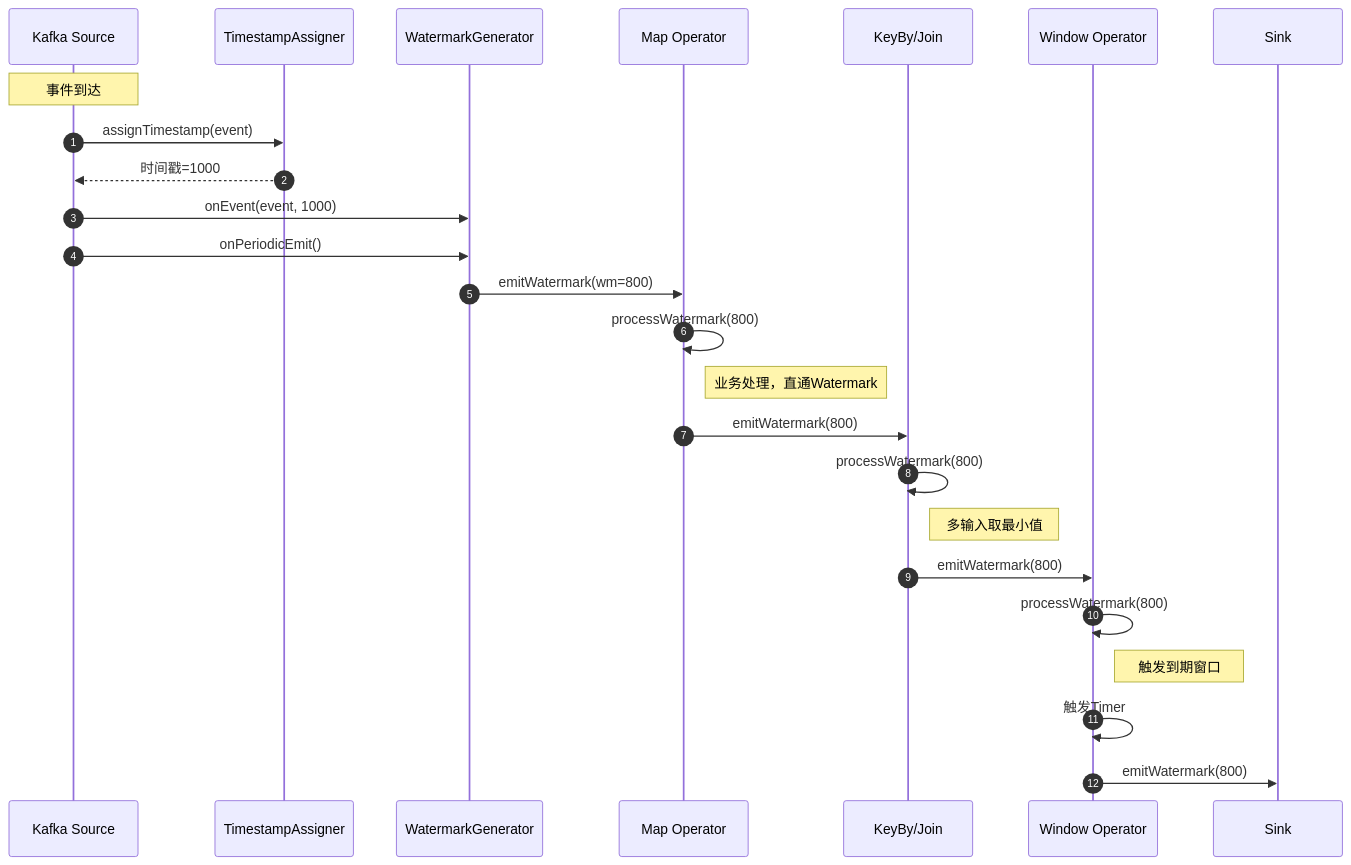
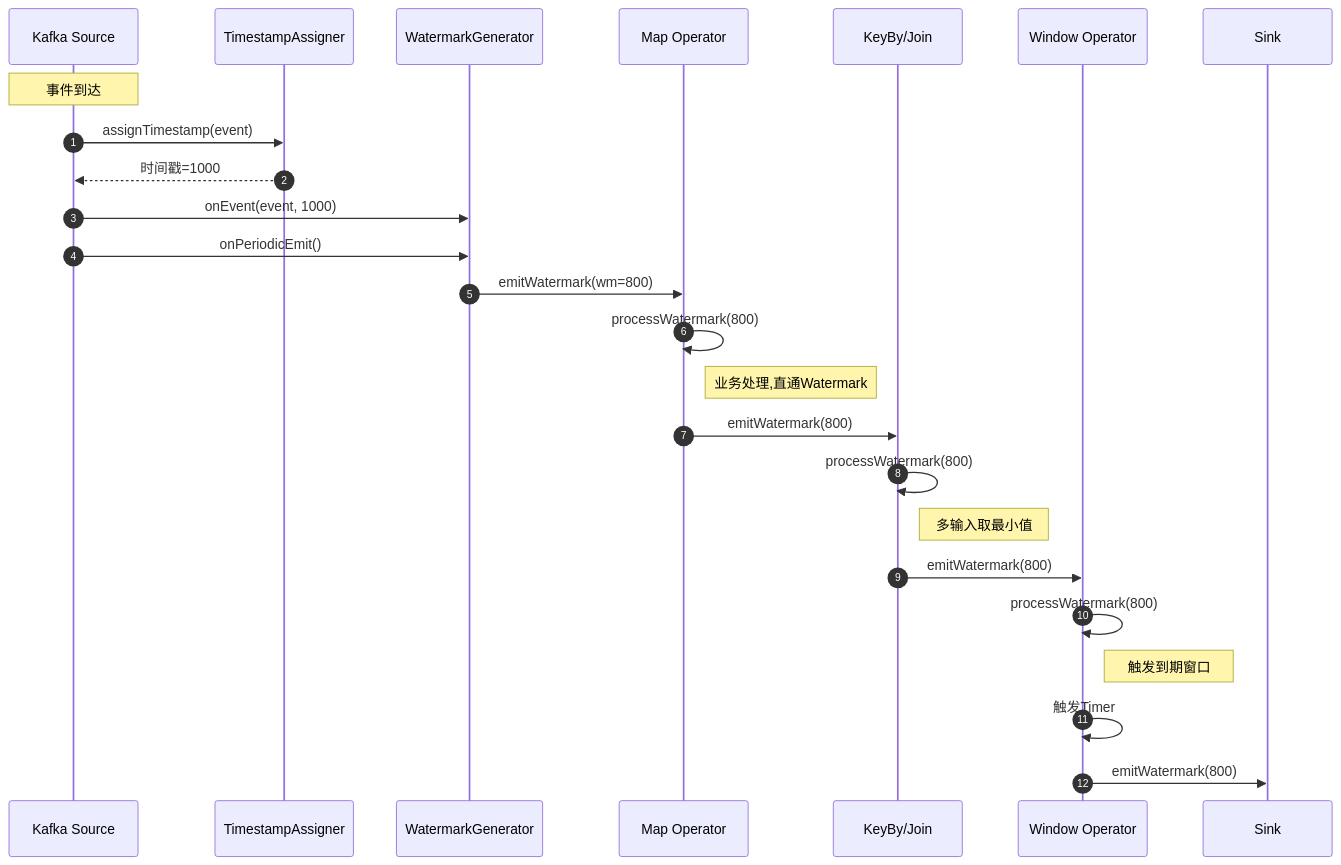
Before and after one commit to AdaMartin18010/AnalysisDataFlow: the seventh of 7 diagrams in Flink/02-core/time-semantics-and-watermark.md, drawn with Mermaid. The commit also changed other lines of this file and 634 other files, not shown here.

````diff
--- a/Flink/02-core/time-semantics-and-watermark.md
+++ b/Flink/02-core/time-semantics-and-watermark.md
@@ -1325,31 +1325,31 @@
 ```mermaid
 sequenceDiagram
     autonumber
     participant SK as Kafka Source
     participant TS as TimestampAssigner
     participant WG as WatermarkGenerator
     participant MAP as Map Operator
     participant KEY as KeyBy/Join
     participant WIN as Window Operator
     participant Sink as Sink
 
     Note over SK: 事件到达
     SK->>TS: assignTimestamp(event)
     TS-->>SK: 时间戳=1000
     SK->>WG: onEvent(event, 1000)
     SK->>WG: onPeriodicEmit()
     WG->>MAP: emitWatermark(wm=800)
 
     MAP->>MAP: processWatermark(800)
-    Note right of MAP: 业务处理，直通Watermark
+    Note right of MAP: 业务处理,直通Watermark
     MAP->>KEY: emitWatermark(800)
 
     KEY->>KEY: processWatermark(800)
     Note right of KEY: 多输入取最小值
     KEY->>WIN: emitWatermark(800)
 
     WIN->>WIN: processWatermark(800)
     Note right of WIN: 触发到期窗口
     WIN->>WIN: 触发Timer
     WIN->>Sink: emitWatermark(800)
 ```
````
